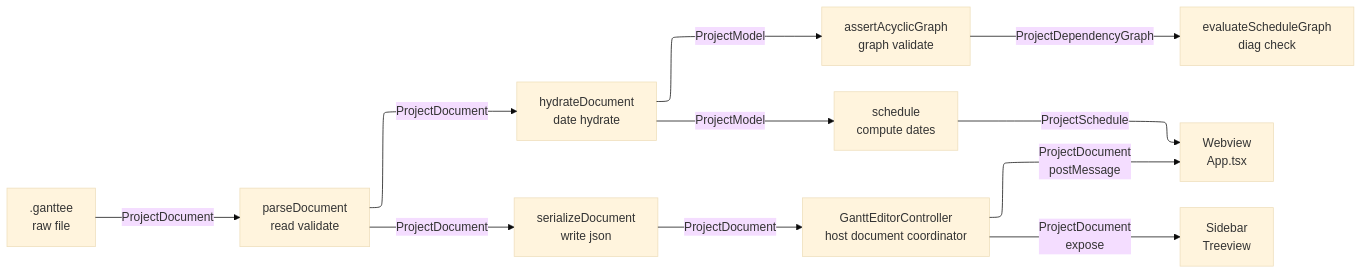
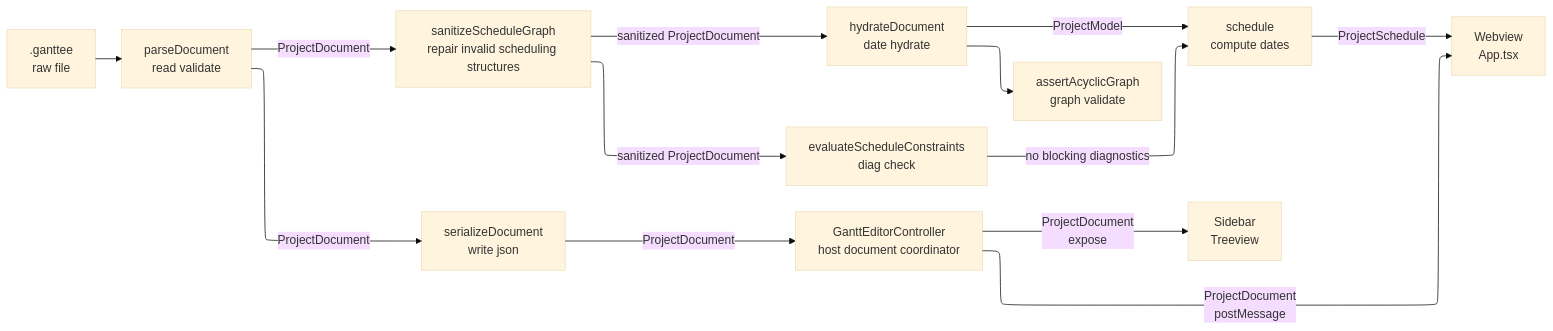
Before and after one commit to sergehas/ganttee: the first of 6 diagrams in docs/documentation/gantt-model-hydration.md, drawn with Mermaid (base theme). The commit also changed other lines of this file and 11 other files, not shown here.

````diff
--- a/docs/documentation/gantt-model-hydration.md
+++ b/docs/documentation/gantt-model-hydration.md
@@ -11,28 +11,31 @@
 ```mermaid
 ---
 config:
   layout: elk
 ---
 flowchart LR
     F[".ganttee\nraw file"]
     P["parseDocument\nread validate"]
+    Z["sanitizeScheduleGraph\nrepair invalid scheduling structures"]
     H["hydrateDocument\ndate hydrate"]
     A["assertAcyclicGraph\ngraph validate"]
-    E["evaluateScheduleGraph\ndiag check"]
+    E["evaluateScheduleConstraints\ndiag check"]
     S["schedule\ncompute dates"]
     U["serializeDocument\nwrite json"]
     HOST["GanttEditorController\nhost document coordinator"]
     WV["Webview\nApp.tsx"]
     SB["Sidebar\nTreeview"]
 
-    F -->|ProjectDocument| P
-    P -->|ProjectDocument| H
-    H -->|ProjectModel| A
-    A -->|ProjectDependencyGraph| E
+    F --> P
+    P -->|ProjectDocument| Z
+    Z -->|sanitized ProjectDocument| H
+    Z -->|sanitized ProjectDocument| E
+    H --> A
     H -->|ProjectModel| S
+    E -->|no blocking diagnostics| S
     S -->|ProjectSchedule| WV
     P -->|ProjectDocument| U
     U -->|ProjectDocument| HOST
     HOST -->|ProjectDocument\npostMessage| WV
     HOST -->|ProjectDocument\nexpose| SB
 ```
````
